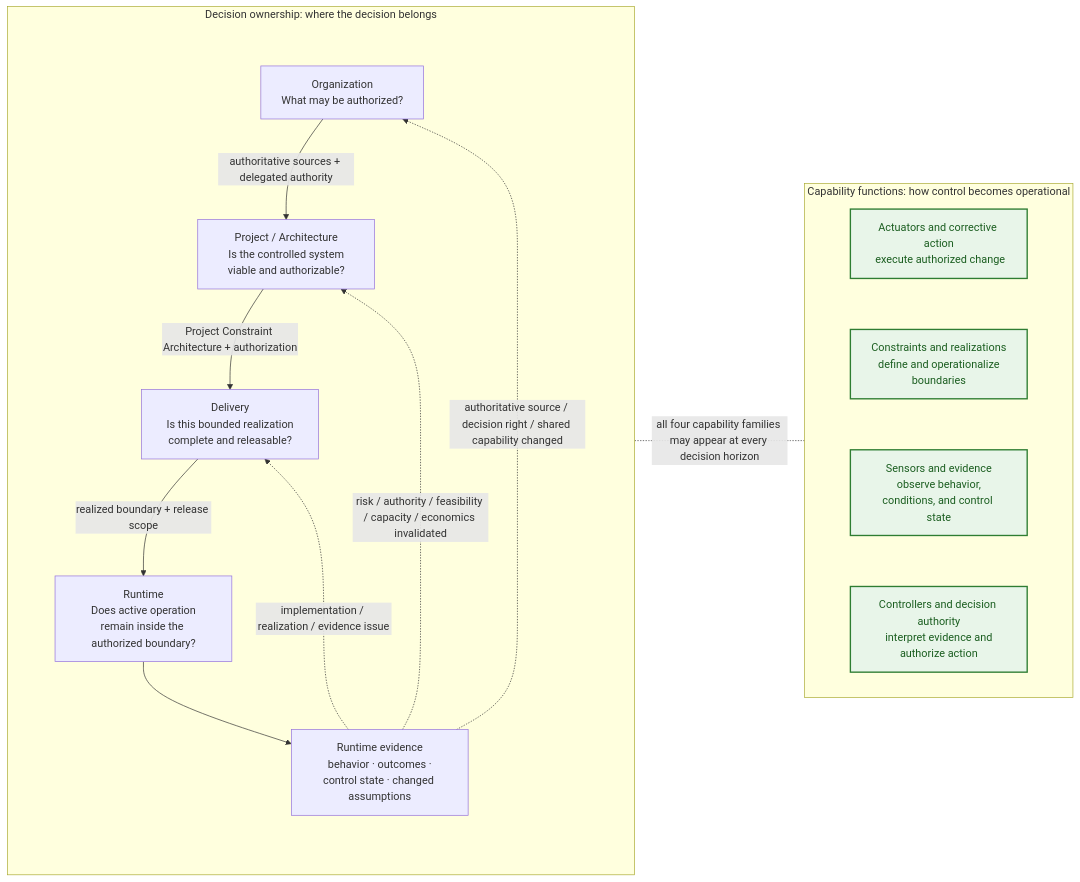
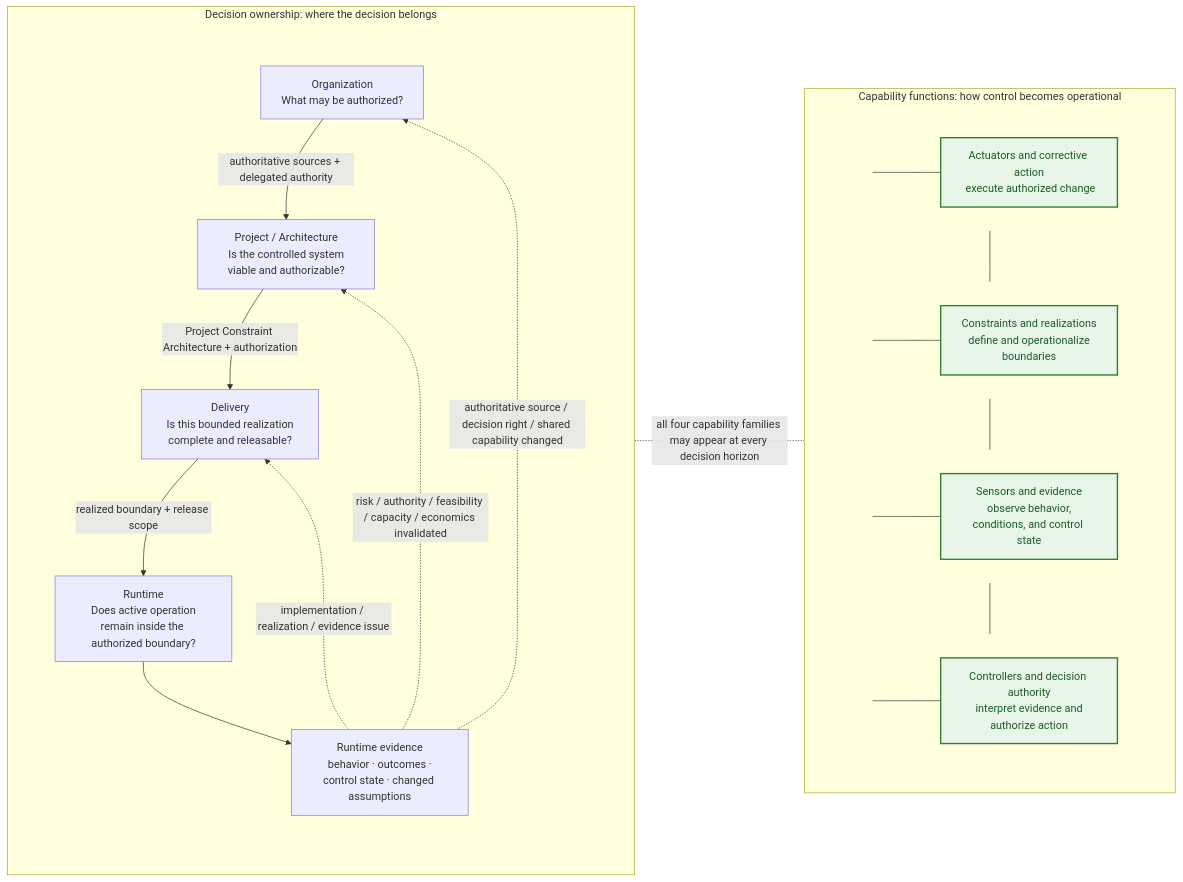
The ninth of 14 diagrams in content/research/notes/open-engineering-specification-article-draft.md (UncertaintyArchitectureGroup/uncertainty-architecture), drawn with Mermaid before and after one commit. The commit also changed other lines of this file, not shown here.

Commit message:
fix(research): group Figure 9 capability families with structural rail

````diff
--- a/content/research/notes/open-engineering-specification-article-draft.md
+++ b/content/research/notes/open-engineering-specification-article-draft.md
@@ -459,42 +459,62 @@
 ```mermaid
 flowchart LR
     subgraph L["Decision ownership: where the decision belongs"]
         direction TB
         subgraph SPINE9[" "]
             direction TB
             O["Organization<br/> What may be authorized?"]
             P["Project / Architecture<br/> Is the controlled system viable and authorizable?"]
             D["Delivery<br/> Is this bounded realization complete and releasable?"]
             R["Runtime<br/> Does active operation remain inside the authorized boundary?"]
             E["Runtime evidence<br/> behavior · outcomes · control state · changed assumptions"]
 
             O -->|authoritative sources + delegated authority| P
             P -->|Project Constraint Architecture + authorization| D
             D -->|realized boundary + release scope| R
             R --> E
         end
 
         E -.->|implementation / realization / evidence issue| D
         E -.->|risk / authority / feasibility / capacity / economics invalidated| P
         E -.->|authoritative source / decision right / shared capability changed| O
 
         style SPINE9 fill:none,stroke:none
     end
 
     subgraph F["Capability functions: how control becomes operational"]
         direction TB
-        A["Actuators and corrective action<br/> execute authorized change"]
-        K["Constraints and realizations<br/> define and operationalize boundaries"]
-        S["Sensors and evidence<br/> observe behavior, conditions, and control state"]
-        C["Controllers and decision authority<br/> interpret evidence and authorize action"]
 
-        A ~~~ K
-        K ~~~ S
-        S ~~~ C
+        subgraph F1[" "]
+            direction LR
+            J1(( )) --- A["Actuators and corrective action<br/> execute authorized change"]
+        end
+        subgraph F2[" "]
+            direction LR
+            J2(( )) --- K["Constraints and realizations<br/> define and operationalize boundaries"]
+        end
+        subgraph F3[" "]
+            direction LR
+            J3(( )) --- S["Sensors and evidence<br/> observe behavior, conditions, and control state"]
+        end
+        subgraph F4[" "]
+            direction LR
+            J4(( )) --- C["Controllers and decision authority<br/> interpret evidence and authorize action"]
+        end
+
+        J1 --- J2
+        J2 --- J3
+        J3 --- J4
+
+        style F1 fill:none,stroke:none
+        style F2 fill:none,stroke:none
+        style F3 fill:none,stroke:none
+        style F4 fill:none,stroke:none
     end
 
     L -. "all four capability families may appear at every decision horizon" .- F
 
     classDef capability fill:#e8f5e9,stroke:#2e7d32,stroke-width:2px,color:#1b5e20;
+    classDef railpoint fill:transparent,stroke:transparent,color:transparent;
     class A,K,S,C capability;
+    class J1,J2,J3,J4 railpoint;
 ```
````
